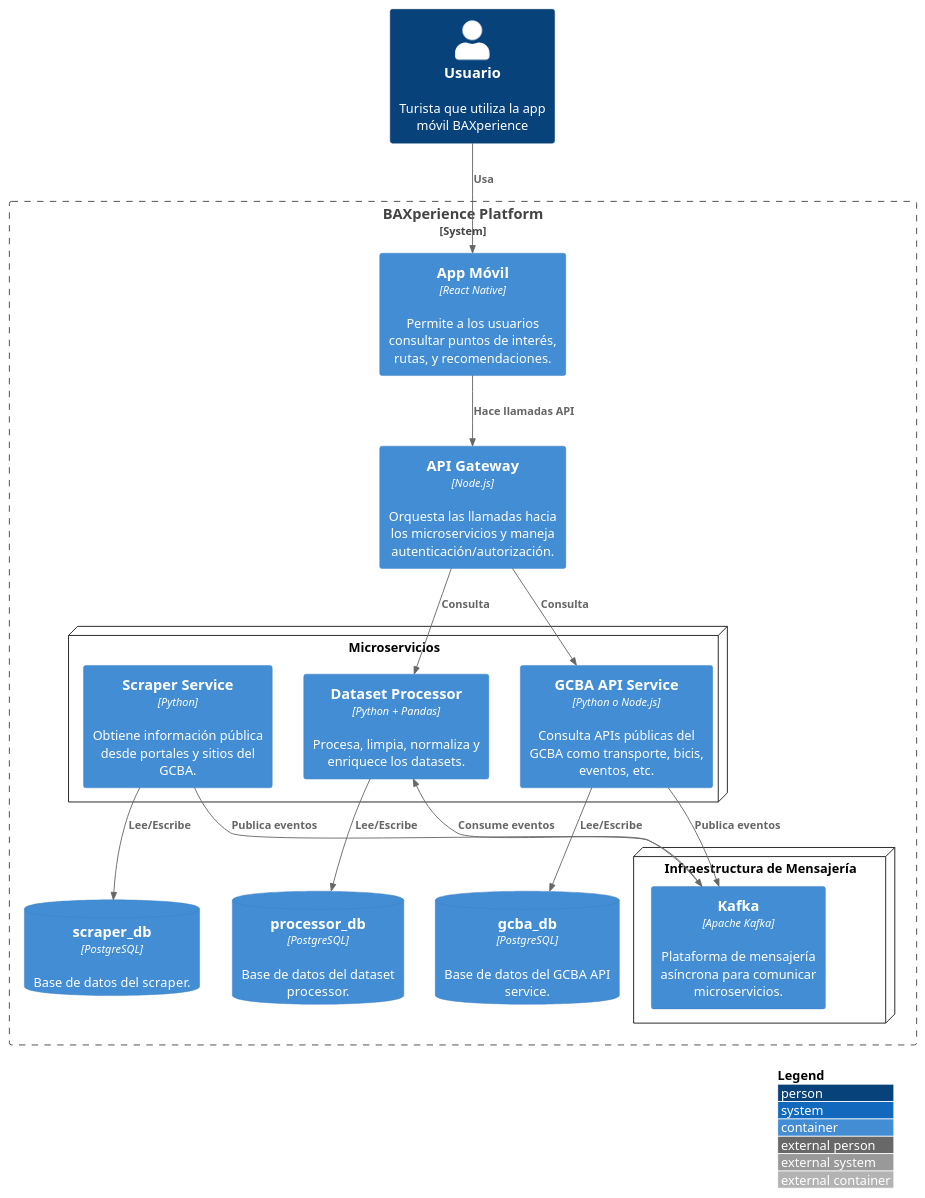
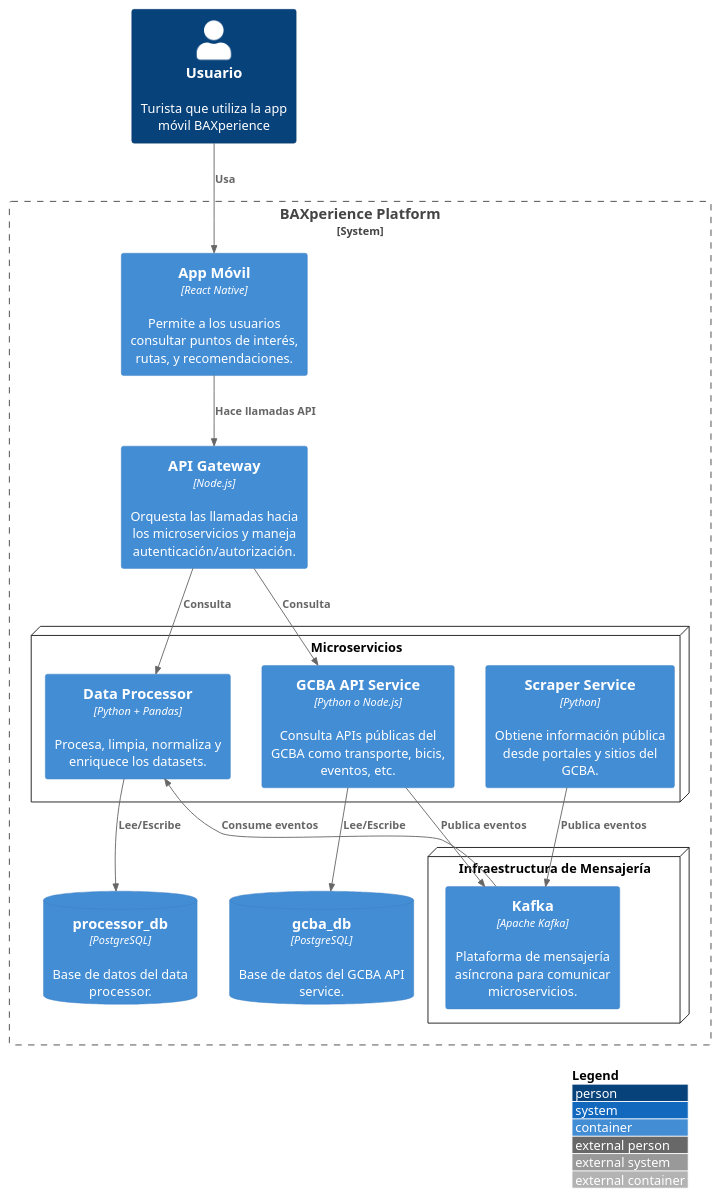
The diagram in diagrams/architecture.puml (FranciscoWatson/baxperience-backend), drawn with PlantUML before and after one commit. The commit also changed 2 other files, not shown here.

Commit message:
Rename dataset-processor-service to data-processor-service

```diff
--- a/diagrams/architecture.puml
+++ b/diagrams/architecture.puml
@@ -1,50 +1,48 @@
 @startuml
 !includeurl https://raw.githubusercontent.com/plantuml-stdlib/C4-PlantUML/master/C4_Container.puml
 LAYOUT_WITH_LEGEND()
 
 ' Usuario
 Person(mobileUser, "Usuario", "Turista que utiliza la app móvil BAXperience")
 
 System_Boundary(baxperience, "BAXperience Platform") {
 
   ' Frontend + Gateway
   Container(appMobile, "App Móvil", "React Native", "Permite a los usuarios consultar puntos de interés, rutas, y recomendaciones.")
   Container(apiGateway, "API Gateway", "Node.js", "Orquesta las llamadas hacia los microservicios y maneja autenticación/autorización.")
 
   ' Agrupar microservicios horizontalmente
   node "Microservicios" {
     Container(scraper, "Scraper Service", "Python", "Obtiene información pública desde portales y sitios del GCBA.")
-    Container(datasetProcessor, "Dataset Processor", "Python + Pandas", "Procesa, limpia, normaliza y enriquece los datasets.")
+    Container(datasetProcessor, "Data Processor", "Python + Pandas", "Procesa, limpia, normaliza y enriquece los datasets.")
     Container(gcbaApi, "GCBA API Service", "Python o Node.js", "Consulta APIs públicas del GCBA como transporte, bicis, eventos, etc.")
   }
 
   ' Kafka debajo
   node "Infraestructura de Mensajería" {
     Container(kafka, "Kafka", "Apache Kafka", "Plataforma de mensajería asíncrona para comunicar microservicios.")
   }
 
   ' Bases de datos individuales
-  ContainerDb(scraperDb, "scraper_db", "PostgreSQL", "Base de datos del scraper.")
-  ContainerDb(processorDb, "processor_db", "PostgreSQL", "Base de datos del dataset processor.")
+  ContainerDb(processorDb, "processor_db", "PostgreSQL", "Base de datos del data processor.")
   ContainerDb(gcbaDb, "gcba_db", "PostgreSQL", "Base de datos del GCBA API service.")
 }
 
 ' Relación usuario
 Rel(mobileUser, appMobile, "Usa")
 Rel(appMobile, apiGateway, "Hace llamadas API")
 
 ' API Gateway comunica con microservicios
 Rel(apiGateway, datasetProcessor, "Consulta")
 Rel(apiGateway, gcbaApi, "Consulta")
 
 ' Kafka: eventos
 Rel(scraper, kafka, "Publica eventos")
 Rel(gcbaApi, kafka, "Publica eventos")
 Rel(kafka, datasetProcessor, "Consume eventos")
 
 ' Bases de datos
-Rel(scraper, scraperDb, "Lee/Escribe")
 Rel(datasetProcessor, processorDb, "Lee/Escribe")
 Rel(gcbaApi, gcbaDb, "Lee/Escribe")
 
 @enduml
```
